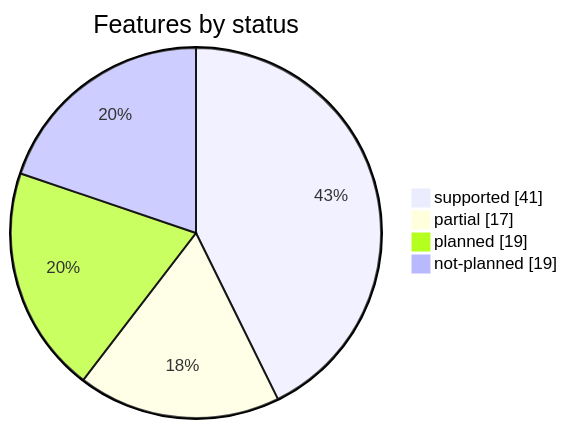
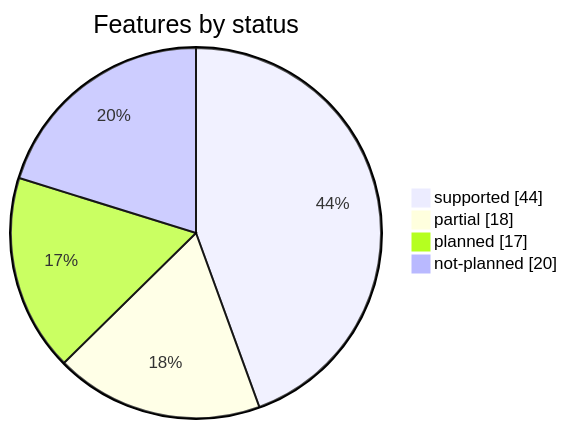
Before and after one commit to rafaelvieiras/tinyfin: the second of 2 diagrams in docs/COVERAGE.md, drawn with Mermaid. The commit also changed other lines of this file and 28 other files, not shown here.

````diff
--- a/docs/COVERAGE.md
+++ b/docs/COVERAGE.md
@@ -45,7 +45,7 @@
 ```mermaid
 pie showData title Features by status
-    "supported" : 41
-    "partial" : 17
-    "planned" : 19
-    "not-planned" : 19
+    "supported" : 44
+    "partial" : 18
+    "planned" : 17
+    "not-planned" : 20
 ```
````
